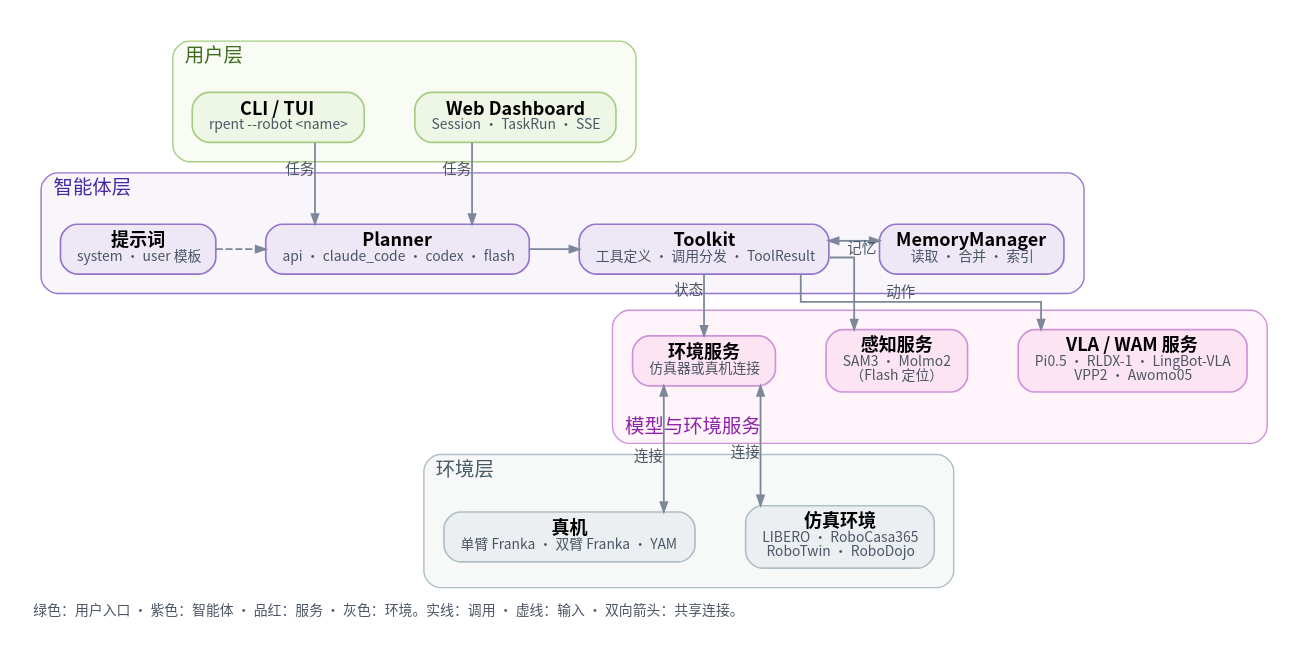
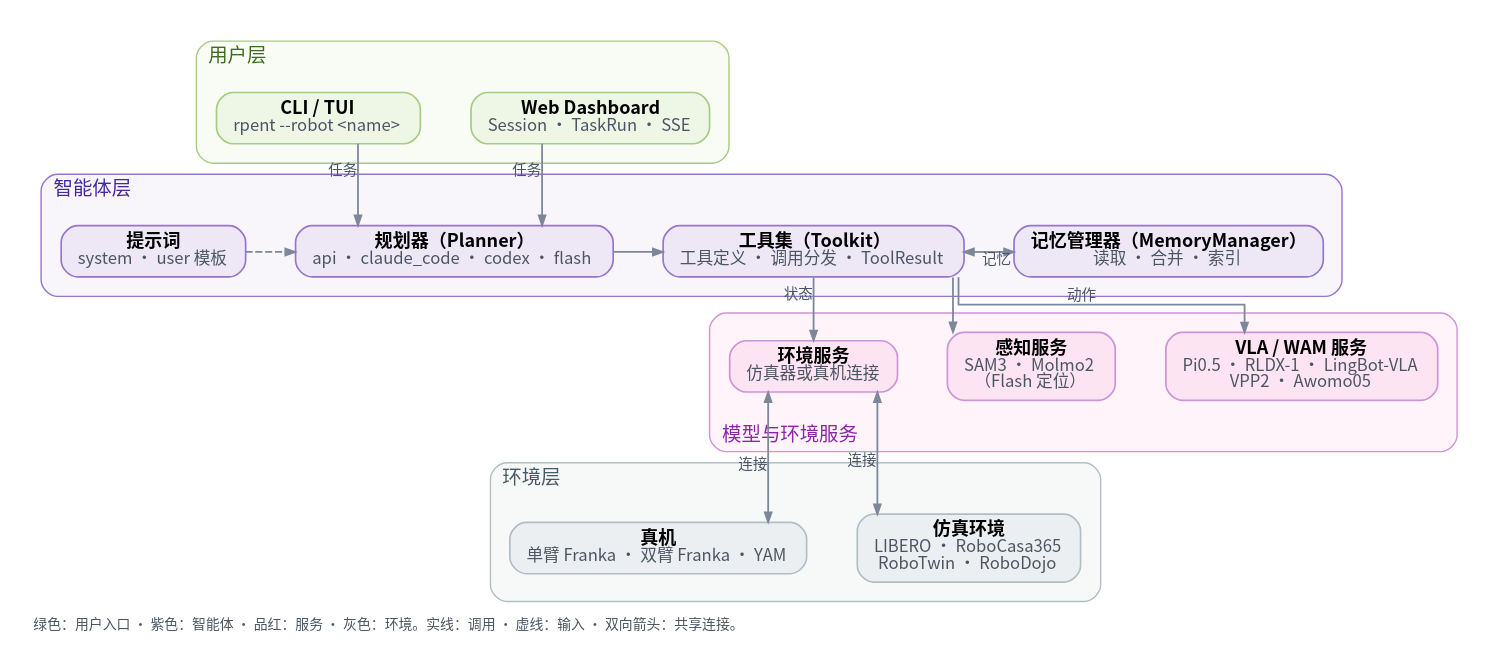
The diagram in docs/_diagrams/architecture-zh.dot (qurakchin/RPent), drawn with Graphviz before and after one commit. The commit also changed 69 other files, not shown here.

```diff
--- a/docs/_diagrams/architecture-zh.dot
+++ b/docs/_diagrams/architecture-zh.dot
@@ -1,64 +1,64 @@
 digraph architecture {
   graph [rankdir=TB, splines=ortho, nodesep=0.50, ranksep=0.55, pad=0.20,
          newrank=true, fontname="Hiragino Sans GB,Noto Sans CJK SC,sans-serif", bgcolor="white",
          label="绿色：用户入口 · 紫色：智能体 · 品红：服务 · 灰色：环境。实线：调用 · 虚线：输入 · 双向箭头：共享连接。", labelloc="b", labeljust="l", fontsize=10,
          fontcolor="#4b5563"];
   node [shape=box, style="rounded,filled", fontname="Hiragino Sans GB,Noto Sans CJK SC,sans-serif", fontsize=12,
         margin="0.16,0.09", penwidth=1.2];
   edge [color="#7c889a", penwidth=1.3, arrowsize=0.7, fontname="Hiragino Sans GB,Noto Sans CJK SC,sans-serif",
         fontsize=10.5, fontcolor="#4b5563"];
 
   subgraph cluster_user {
     label="用户层"; labeljust="l"; labelloc="t";
     fontsize=14; margin=14;
     fontcolor="#3f6b1f"; style="rounded,filled";
     fillcolor="#eef7e666"; color="#a5cc7f";
 {rank=same; dashboard; cli;}
-  dashboard [label=<<FONT POINT-SIZE="13"><B>Web Dashboard</B></FONT><BR/><FONT POINT-SIZE="10" COLOR="#4b5563">Session · TaskRun · SSE</FONT>>, fillcolor="#eef7e6", color="#a5cc7f"];
-  cli [label=<<FONT POINT-SIZE="13"><B>CLI / TUI</B></FONT><BR/><FONT POINT-SIZE="10" COLOR="#4b5563">rpent --robot &lt;name&gt;</FONT>>, fillcolor="#eef7e6", color="#a5cc7f"];
+  dashboard [label=<<FONT POINT-SIZE="13"><B>Web Dashboard</B></FONT><BR/><FONT POINT-SIZE="12" COLOR="#4b5563">Session · TaskRun · SSE</FONT>>, fillcolor="#eef7e6", color="#a5cc7f"];
+  cli [label=<<FONT POINT-SIZE="13"><B>CLI / TUI</B></FONT><BR/><FONT POINT-SIZE="12" COLOR="#4b5563">rpent --robot &lt;name&gt;</FONT>>, fillcolor="#eef7e6", color="#a5cc7f"];
   }
 
   subgraph cluster_agent {
     label="智能体层"; labeljust="l"; labelloc="t";
     fontsize=14; margin=14;
     fontcolor="#4527a0"; style="rounded,filled";
     fillcolor="#ede7f666"; color="#9575cd";
 {rank=same; prompts; planner; toolkit; memory;}
-  prompts [label=<<FONT POINT-SIZE="13"><B>提示词</B></FONT><BR/><FONT POINT-SIZE="10" COLOR="#4b5563">system · user 模板</FONT>>, fillcolor="#ede7f6", color="#9575cd"];
-  planner [label=<<FONT POINT-SIZE="13"><B>Planner</B></FONT><BR/><FONT POINT-SIZE="10" COLOR="#4b5563">api · claude_code · codex · flash</FONT>>, fillcolor="#ede7f6", color="#9575cd"];
-  toolkit [label=<<FONT POINT-SIZE="13"><B>Toolkit</B></FONT><BR/><FONT POINT-SIZE="10" COLOR="#4b5563">工具定义 · 调用分发 · ToolResult</FONT>>, fillcolor="#ede7f6", color="#9575cd", group=spine];
-  memory [label=<<FONT POINT-SIZE="13"><B>MemoryManager</B></FONT><BR/><FONT POINT-SIZE="10" COLOR="#4b5563">读取 · 合并 · 索引</FONT>>, fillcolor="#ede7f6", color="#9575cd"];
+  prompts [label=<<FONT POINT-SIZE="13"><B>提示词</B></FONT><BR/><FONT POINT-SIZE="12" COLOR="#4b5563">system · user 模板</FONT>>, fillcolor="#ede7f6", color="#9575cd"];
+  planner [label=<<FONT POINT-SIZE="13"><B>规划器（Planner）</B></FONT><BR/><FONT POINT-SIZE="12" COLOR="#4b5563">api · claude_code · codex · flash</FONT>>, fillcolor="#ede7f6", color="#9575cd"];
+  toolkit [label=<<FONT POINT-SIZE="13"><B>工具集（Toolkit）</B></FONT><BR/><FONT POINT-SIZE="12" COLOR="#4b5563">工具定义 · 调用分发 · ToolResult</FONT>>, fillcolor="#ede7f6", color="#9575cd", group=spine];
+  memory [label=<<FONT POINT-SIZE="13"><B>记忆管理器（MemoryManager）</B></FONT><BR/><FONT POINT-SIZE="12" COLOR="#4b5563">读取 · 合并 · 索引</FONT>>, fillcolor="#ede7f6", color="#9575cd"];
   }
 
   subgraph cluster_service {
     label="模型与环境服务"; labeljust="l"; labelloc="b";
     fontsize=14; margin=14;
     fontcolor="#8e24aa"; style="rounded,filled";
     fillcolor="#fce4f266"; color="#ce93d8";
 {rank=same; vla; perception; env_service;}
-  vla [label=<<FONT POINT-SIZE="13"><B>VLA / WAM 服务</B></FONT><BR/><FONT POINT-SIZE="10" COLOR="#4b5563">Pi0.5 · RLDX-1 · LingBot-VLA<BR/>VPP2 · Awomo05</FONT>>, fillcolor="#fce4f2", color="#ce93d8"];
-  perception [label=<<FONT POINT-SIZE="13"><B>感知服务</B></FONT><BR/><FONT POINT-SIZE="10" COLOR="#4b5563">SAM3 · Molmo2<BR/>（Flash 定位）</FONT>>, fillcolor="#fce4f2", color="#ce93d8"];
-  env_service [label=<<FONT POINT-SIZE="13"><B>环境服务</B></FONT><BR/><FONT POINT-SIZE="10" COLOR="#4b5563">仿真器或真机连接</FONT>>, fillcolor="#fce4f2", color="#ce93d8", group=spine];
+  vla [label=<<FONT POINT-SIZE="13"><B>VLA / WAM 服务</B></FONT><BR/><FONT POINT-SIZE="12" COLOR="#4b5563">Pi0.5 · RLDX-1 · LingBot-VLA<BR/>VPP2 · Awomo05</FONT>>, fillcolor="#fce4f2", color="#ce93d8"];
+  perception [label=<<FONT POINT-SIZE="13"><B>感知服务</B></FONT><BR/><FONT POINT-SIZE="12" COLOR="#4b5563">SAM3 · Molmo2<BR/>（Flash 定位）</FONT>>, fillcolor="#fce4f2", color="#ce93d8"];
+  env_service [label=<<FONT POINT-SIZE="13"><B>环境服务</B></FONT><BR/><FONT POINT-SIZE="12" COLOR="#4b5563">仿真器或真机连接</FONT>>, fillcolor="#fce4f2", color="#ce93d8", group=spine];
   }
 
   subgraph cluster_env {
     label="环境层"; labeljust="l"; labelloc="t";
     fontsize=14; margin=14;
     fontcolor="#455a64"; style="rounded,filled";
     fillcolor="#eceff166"; color="#b0bec5";
 {rank=same; sims; real;}
-  sims [label=<<FONT POINT-SIZE="13"><B>仿真环境</B></FONT><BR/><FONT POINT-SIZE="10" COLOR="#4b5563">LIBERO · RoboCasa365<BR/>RoboTwin · RoboDojo</FONT>>, fillcolor="#eceff1", color="#b0bec5"];
-  real [label=<<FONT POINT-SIZE="13"><B>真机</B></FONT><BR/><FONT POINT-SIZE="10" COLOR="#4b5563">单臂 Franka · 双臂 Franka · YAM</FONT>>, fillcolor="#eceff1", color="#b0bec5"];
+  sims [label=<<FONT POINT-SIZE="13"><B>仿真环境</B></FONT><BR/><FONT POINT-SIZE="12" COLOR="#4b5563">LIBERO · RoboCasa365<BR/>RoboTwin · RoboDojo</FONT>>, fillcolor="#eceff1", color="#b0bec5"];
+  real [label=<<FONT POINT-SIZE="13"><B>真机</B></FONT><BR/><FONT POINT-SIZE="12" COLOR="#4b5563">单臂 Franka · 双臂 Franka · YAM</FONT>>, fillcolor="#eceff1", color="#b0bec5"];
   }
 
   dashboard -> planner [xlabel="任务"];
   cli -> planner [xlabel="任务"];
   prompts -> planner [style=dashed];
   planner -> toolkit;
   toolkit -> memory [dir=both, xlabel="记忆"];
   toolkit -> vla [xlabel="动作"];
   toolkit -> perception;
   toolkit -> env_service [xlabel="状态"];
   env_service -> sims [dir=both, xlabel="连接"];
   env_service -> real [dir=both, xlabel="连接"];
 }
```
